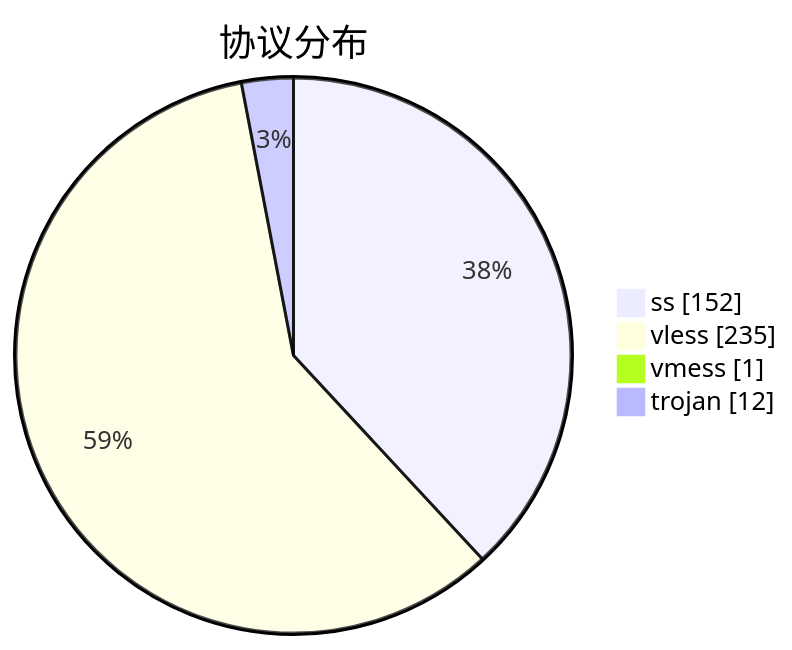
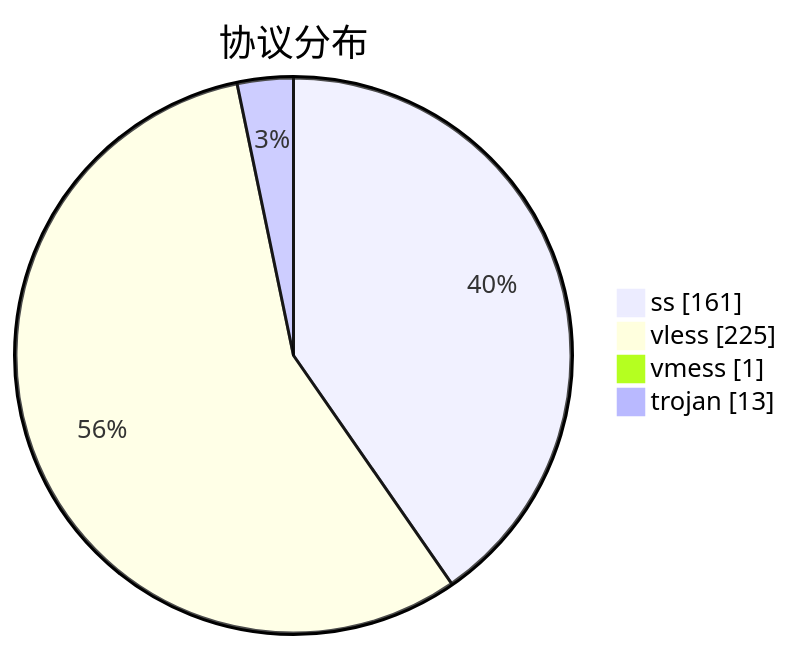
Before and after one commit to qjlxg/airport: the third of 3 diagrams in subs/statistics/tested_within.md, drawn with Mermaid. The commit also changed other lines of this file and 2 other files, not shown here.

````diff
--- a/subs/statistics/tested_within.md
+++ b/subs/statistics/tested_within.md
@@ -37,8 +36,8 @@
 ```mermaid
 pie showData
 title 协议分布
-"ss" : 152
-"vless" : 235
+"ss" : 161
+"vless" : 225
 "vmess" : 1
-"trojan" : 12
+"trojan" : 13
 ```
````
